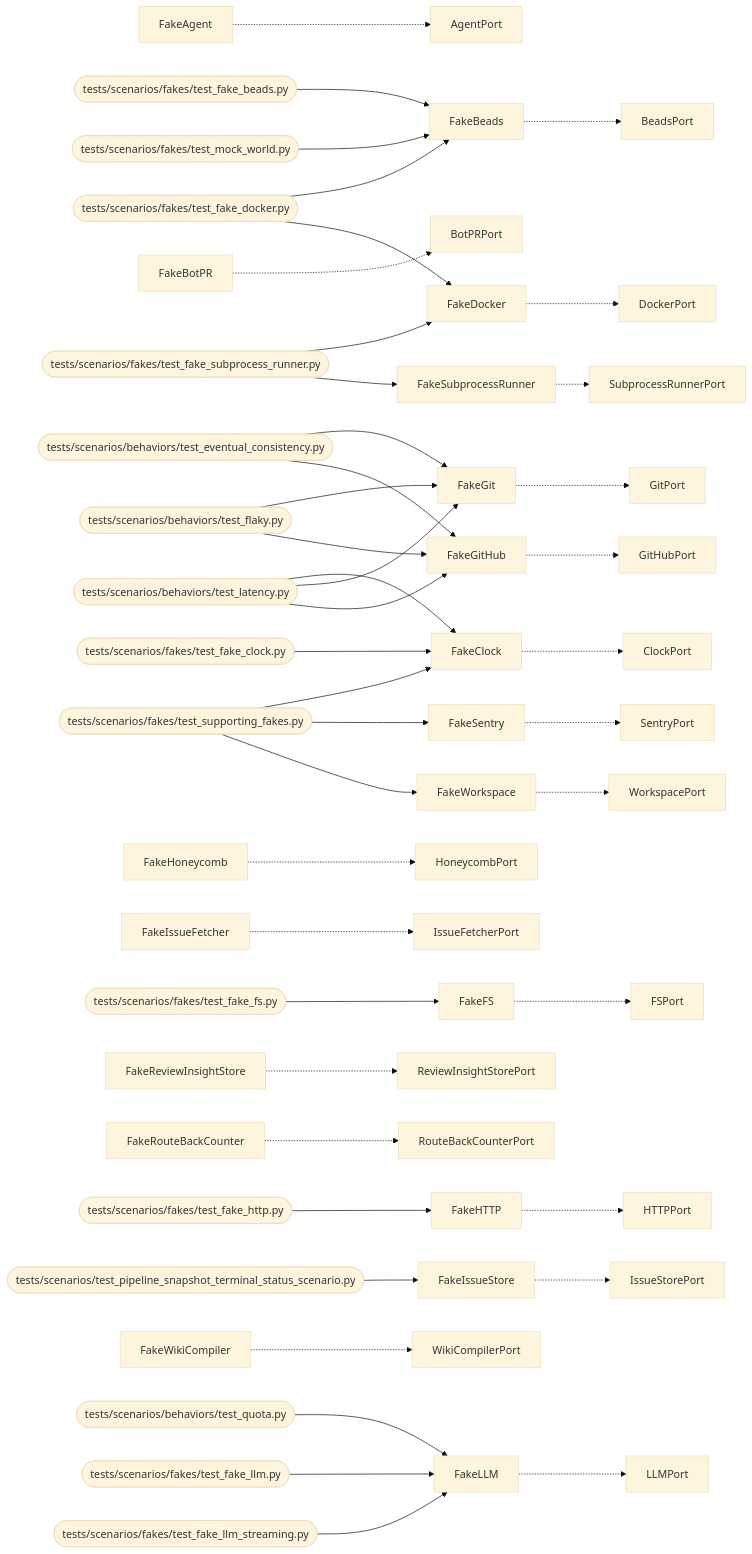
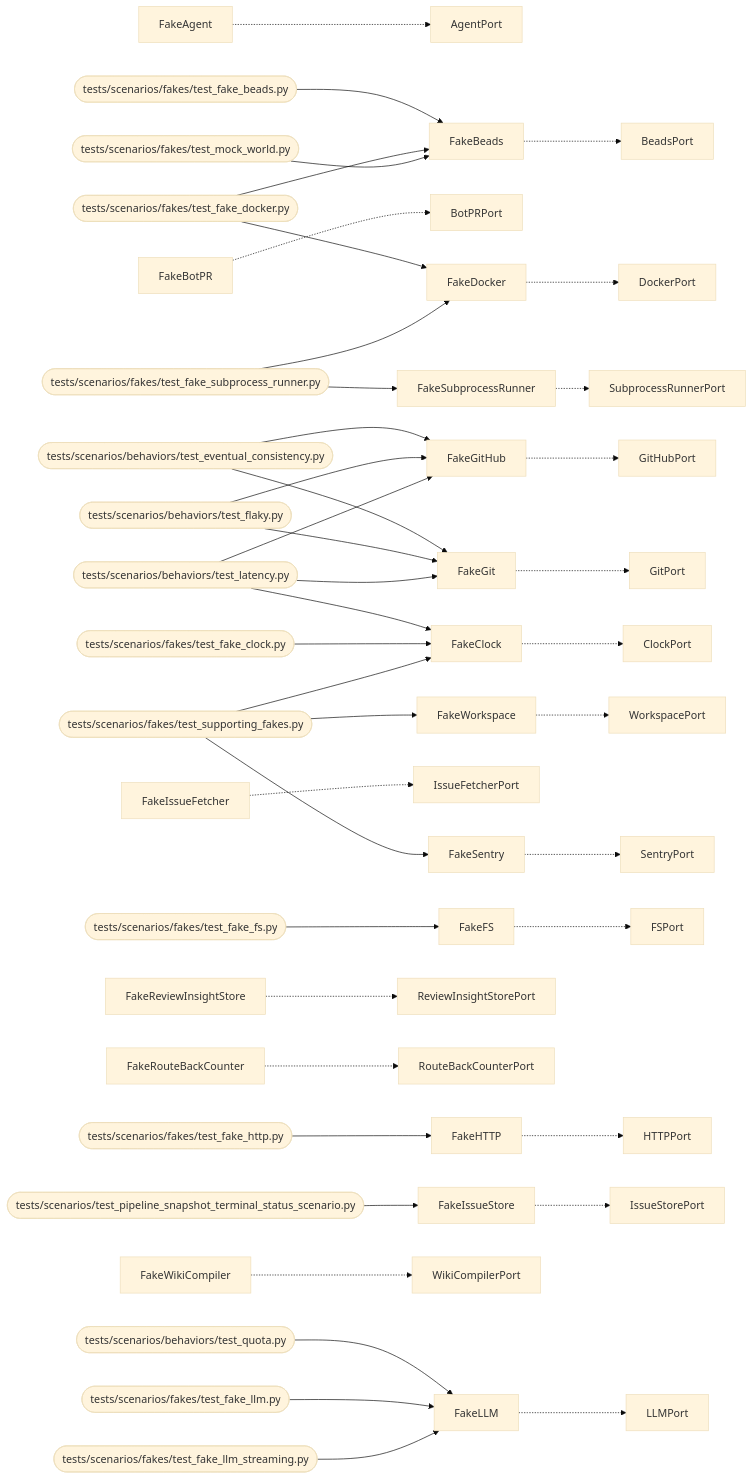
Before and after one commit to T-rav/hydraflow: the diagram in docs/arch/generated/mockworld.md, drawn with Mermaid (base theme). The commit also changed other lines of this file and 55 other files, not shown here.

````diff
--- a/docs/arch/generated/mockworld.md
+++ b/docs/arch/generated/mockworld.md
@@ -33,45 +32,44 @@
 ```mermaid
 graph LR
     FakeAgent -.-> AgentPort
     FakeBeads -.-> BeadsPort
     tests_scenarios_fakes_test_fake_beads_py([tests/scenarios/fakes/test_fake_beads.py]) --> FakeBeads
     tests_scenarios_fakes_test_fake_docker_py([tests/scenarios/fakes/test_fake_docker.py]) --> FakeBeads
     tests_scenarios_fakes_test_mock_world_py([tests/scenarios/fakes/test_mock_world.py]) --> FakeBeads
     FakeBotPR -.-> BotPRPort
     FakeClock -.-> ClockPort
     tests_scenarios_behaviors_test_latency_py([tests/scenarios/behaviors/test_latency.py]) --> FakeClock
     tests_scenarios_fakes_test_fake_clock_py([tests/scenarios/fakes/test_fake_clock.py]) --> FakeClock
     tests_scenarios_fakes_test_supporting_fakes_py([tests/scenarios/fakes/test_supporting_fakes.py]) --> FakeClock
     FakeDocker -.-> DockerPort
     tests_scenarios_fakes_test_fake_docker_py([tests/scenarios/fakes/test_fake_docker.py]) --> FakeDocker
     tests_scenarios_fakes_test_fake_subprocess_runner_py([tests/scenarios/fakes/test_fake_subprocess_runner.py]) --> FakeDocker
     FakeFS -.-> FSPort
     tests_scenarios_fakes_test_fake_fs_py([tests/scenarios/fakes/test_fake_fs.py]) --> FakeFS
     FakeGit -.-> GitPort
     tests_scenarios_behaviors_test_eventual_consistency_py([tests/scenarios/behaviors/test_eventual_consistency.py]) --> FakeGit
     tests_scenarios_behaviors_test_flaky_py([tests/scenarios/behaviors/test_flaky.py]) --> FakeGit
     tests_scenarios_behaviors_test_latency_py([tests/scenarios/behaviors/test_latency.py]) --> FakeGit
     FakeGitHub -.-> GitHubPort
     tests_scenarios_behaviors_test_eventual_consistency_py([tests/scenarios/behaviors/test_eventual_consistency.py]) --> FakeGitHub
     tests_scenarios_behaviors_test_flaky_py([tests/scenarios/behaviors/test_flaky.py]) --> FakeGitHub
     tests_scenarios_behaviors_test_latency_py([tests/scenarios/behaviors/test_latency.py]) --> FakeGitHub
     FakeHTTP -.-> HTTPPort
     tests_scenarios_fakes_test_fake_http_py([tests/scenarios/fakes/test_fake_http.py]) --> FakeHTTP
-    FakeHoneycomb -.-> HoneycombPort
     FakeIssueFetcher -.-> IssueFetcherPort
     FakeIssueStore -.-> IssueStorePort
     tests_scenarios_test_pipeline_snapshot_terminal_status_scenario_py([tests/scenarios/test_pipeline_snapshot_terminal_status_scenario.py]) --> FakeIssueStore
     FakeLLM -.-> LLMPort
     tests_scenarios_behaviors_test_quota_py([tests/scenarios/behaviors/test_quota.py]) --> FakeLLM
     tests_scenarios_fakes_test_fake_llm_py([tests/scenarios/fakes/test_fake_llm.py]) --> FakeLLM
     tests_scenarios_fakes_test_fake_llm_streaming_py([tests/scenarios/fakes/test_fake_llm_streaming.py]) --> FakeLLM
     FakeReviewInsightStore -.-> ReviewInsightStorePort
     FakeRouteBackCounter -.-> RouteBackCounterPort
     FakeSentry -.-> SentryPort
     tests_scenarios_fakes_test_supporting_fakes_py([tests/scenarios/fakes/test_supporting_fakes.py]) --> FakeSentry
     FakeSubprocessRunner -.-> SubprocessRunnerPort
     tests_scenarios_fakes_test_fake_subprocess_runner_py([tests/scenarios/fakes/test_fake_subprocess_runner.py]) --> FakeSubprocessRunner
     FakeWikiCompiler -.-> WikiCompilerPort
     FakeWorkspace -.-> WorkspacePort
     tests_scenarios_fakes_test_supporting_fakes_py([tests/scenarios/fakes/test_supporting_fakes.py]) --> FakeWorkspace
 ```
````
